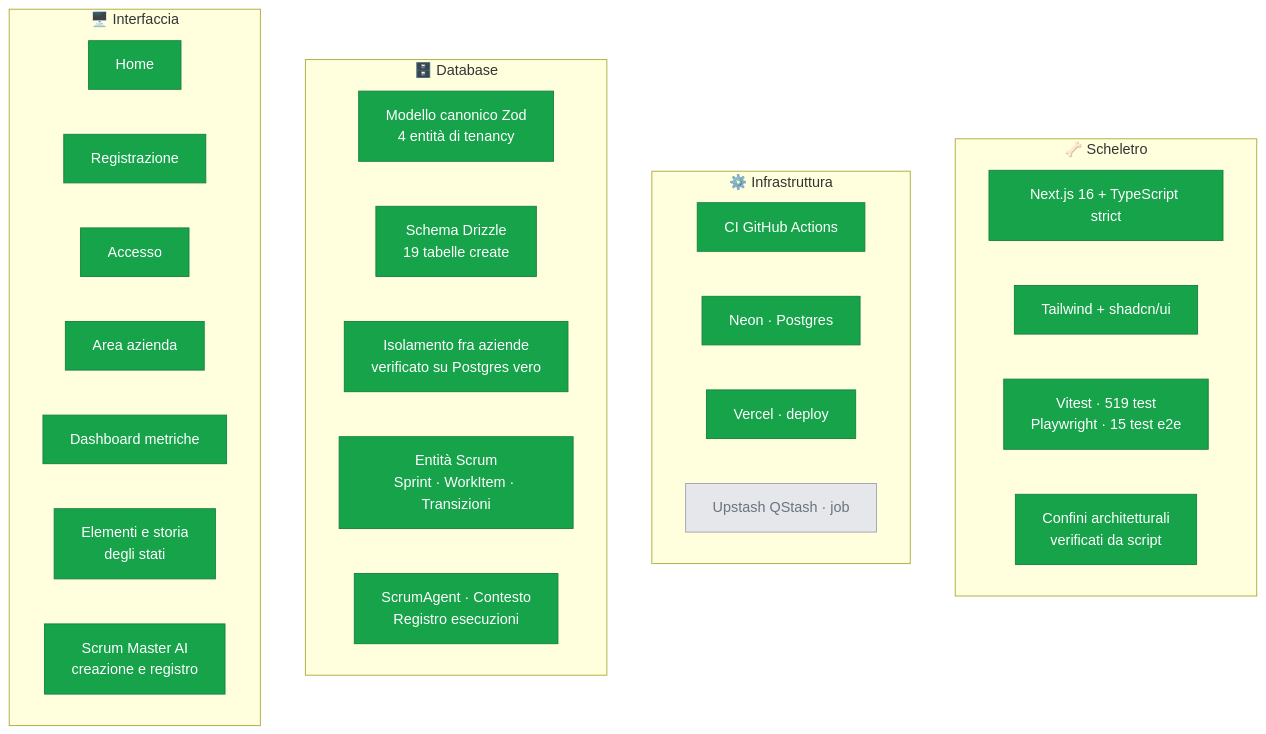
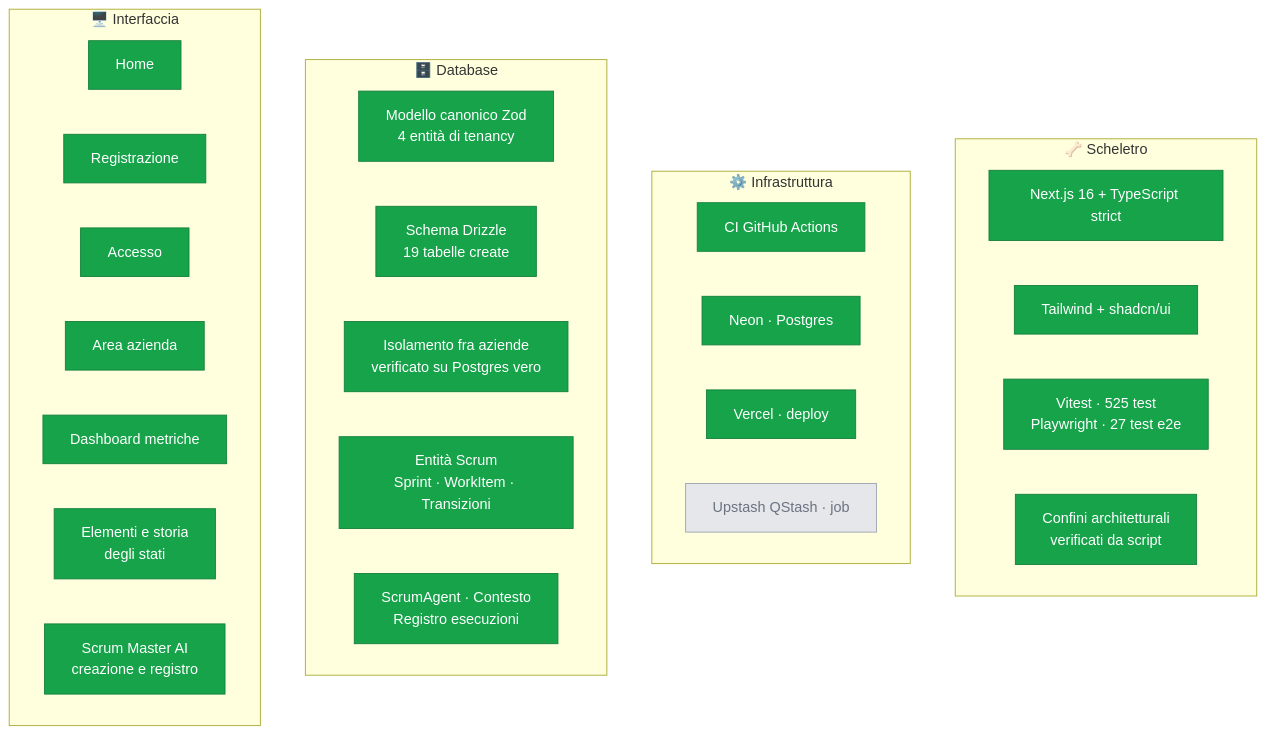
Before and after one commit to dibari62/scrum-master-ai: the first of 3 diagrams in docs/stato-progetto.md, drawn with Mermaid. The commit also changed other lines of this file and 15 other files, not shown here.

````diff
--- a/docs/stato-progetto.md
+++ b/docs/stato-progetto.md
@@ -13,44 +13,44 @@
 ```mermaid
 graph TB
     subgraph SCH["🦴 Scheletro"]
         S1["Next.js 16 + TypeScript strict"]
         S2["Tailwind + shadcn/ui"]
-        S3["Vitest · 519 test<br/>Playwright · 15 test e2e"]
+        S3["Vitest · 525 test<br/>Playwright · 27 test e2e"]
         S4["Confini architetturali<br/>verificati da script"]
     end
 
     subgraph INF["⚙️ Infrastruttura"]
         I1["CI GitHub Actions"]
         I2["Neon · Postgres"]
         I3["Vercel · deploy"]
         I4["Upstash QStash · job"]
     end
 
     subgraph DB["🗄️ Database"]
         D1["Modello canonico Zod<br/>4 entità di tenancy"]
         D2["Schema Drizzle<br/>19 tabelle create"]
         D3["Isolamento fra aziende<br/>verificato su Postgres vero"]
         D4["Entità Scrum<br/>Sprint · WorkItem · Transizioni"]
         D5["ScrumAgent · Contesto<br/>Registro esecuzioni"]
     end
 
     subgraph UI["🖥️ Interfaccia"]
         U1["Home"]
         U2["Registrazione"]
         U3["Accesso"]
         U4["Area azienda"]
         U5["Dashboard metriche"]
         U7["Elementi e storia<br/>degli stati"]
         U6["Scrum Master AI<br/>creazione e registro"]
     end
 
     classDef fatto fill:#16a34a,stroke:#15803d,color:#fff
     classDef corso fill:#eab308,stroke:#ca8a04,color:#000
     classDef todo fill:#e5e7eb,stroke:#9ca3af,color:#6b7280
 
     class S1,S2,S3,S4 fatto
     class I1,I2,I3 fatto
     class I4 todo
     class D1,D2,D3,D4,D5 fatto
     class U1,U2,U3,U4,U5,U6,U7 fatto
 ```
````
